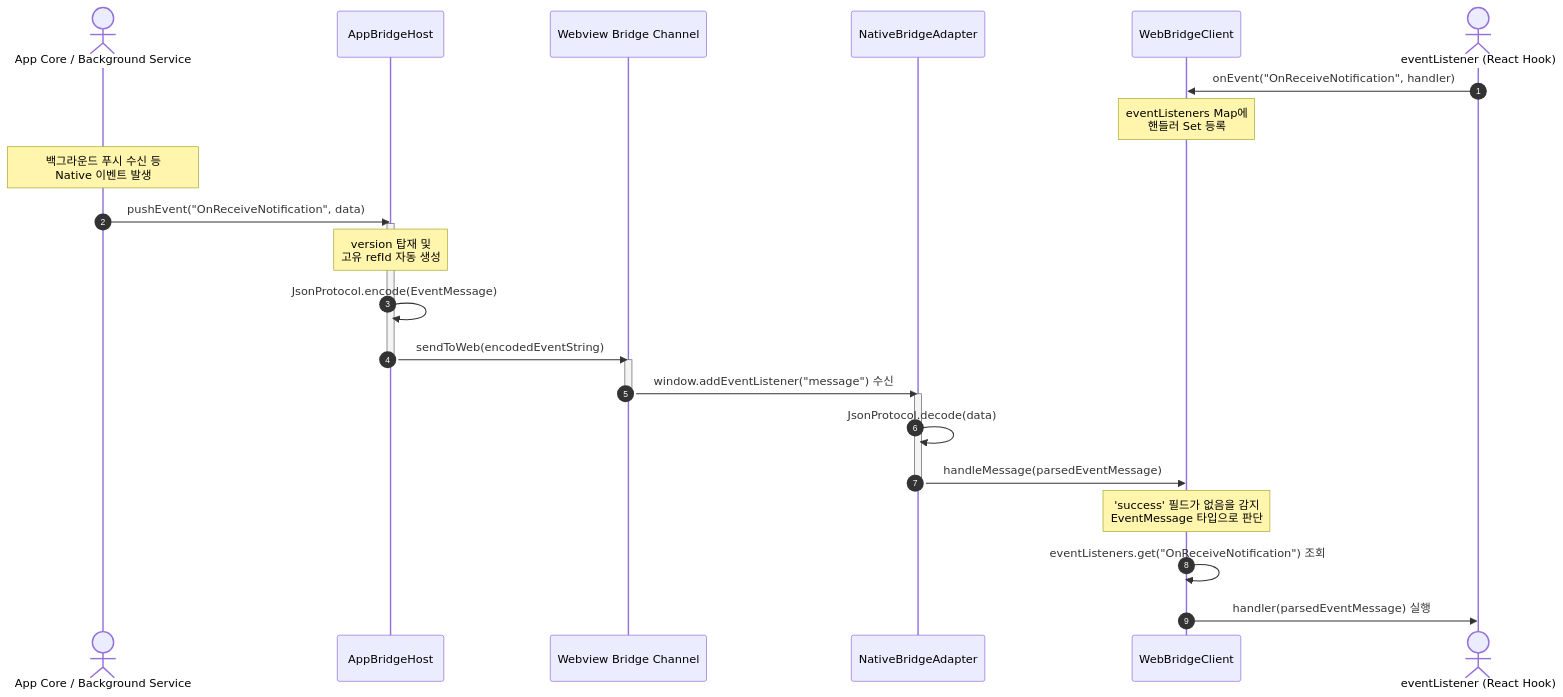
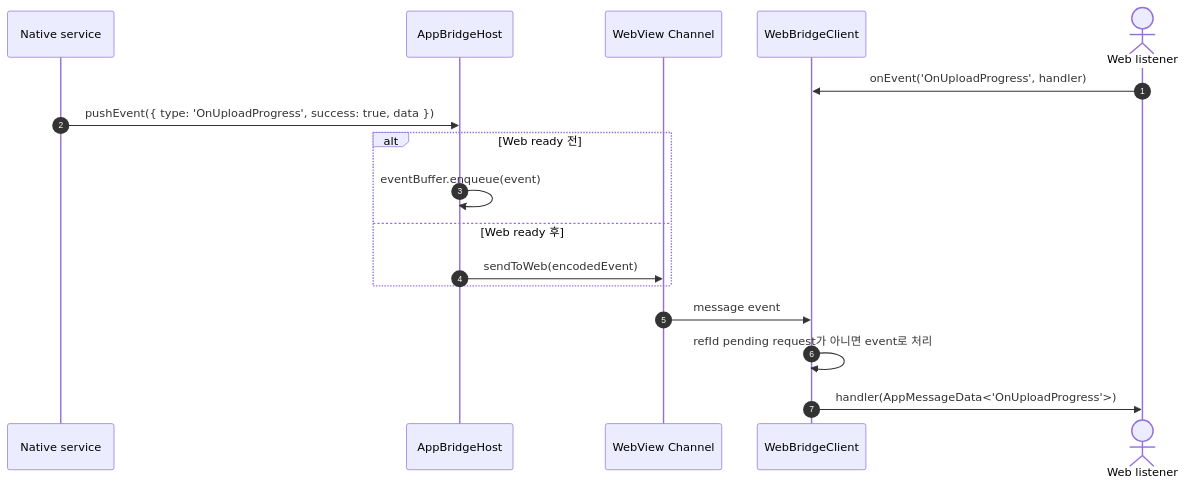
Before and after one commit to lemoncloud-io/dou-app: the third of 4 diagrams in libs/bridges/README.md, drawn with Mermaid. The commit also changed other lines of this file, not shown here.

First line of the commit message:
docs(bridges): overhaul README with detailed architecture and usage

````diff
--- a/libs/bridges/README.md
+++ b/libs/bridges/README.md
@@ -206,31 +186,22 @@
 ```mermaid
 sequenceDiagram
     autonumber
-    actor NativeCore as App Core / Background Service
-    participant AppHost as AppBridgeHost
-    participant NativeChannel as Webview Bridge Channel
-    participant WebAdapter as NativeBridgeAdapter
-    participant WebClient as WebBridgeClient
-    actor WebListener as eventListener (React Hook)
+    participant Service as Native service
+    participant Host as AppBridgeHost
+    participant Channel as WebView Channel
+    participant Client as WebBridgeClient
+    actor Web as Web listener
 
-    WebListener->>WebClient: onEvent("OnReceiveNotification", handler)
-    Note over WebClient: eventListeners Map에<br/>핸들러 Set 등록
+    Web->>Client: onEvent('OnUploadProgress', handler)
+    Service->>Host: pushEvent({ type: 'OnUploadProgress', success: true, data })
 
-    Note over NativeCore: 백그라운드 푸시 수신 등<br/>Native 이벤트 발생
-    NativeCore->>AppHost: pushEvent("OnReceiveNotification", data)
-    activate AppHost
-    Note over AppHost: version 탑재 및<br/>고유 refId 자동 생성
-    AppHost->>AppHost: JsonProtocol.encode(EventMessage)
-    AppHost->>NativeChannel: sendToWeb(encodedEventString)
-    deactivate AppHost
-    activate NativeChannel
-    NativeChannel->>WebAdapter: window.addEventListener("message") 수신
-    deactivate NativeChannel
-    activate WebAdapter
-    WebAdapter->>WebAdapter: JsonProtocol.decode(data)
-    WebAdapter->>WebClient: handleMessage(parsedEventMessage)
-    deactivate WebAdapter
-    Note over WebClient: 'success' 필드가 없음을 감지<br/>EventMessage 타입으로 판단
-    WebClient->>WebClient: eventListeners.get("OnReceiveNotification") 조회
-    WebClient->>WebListener: handler(parsedEventMessage) 실행
+    alt Web ready 전
+        Host->>Host: eventBuffer.enqueue(event)
+    else Web ready 후
+        Host->>Channel: sendToWeb(encodedEvent)
+    end
+
+    Channel->>Client: message event
+    Client->>Client: refId pending request가 아니면 event로 처리
+    Client->>Web: handler(AppMessageData<'OnUploadProgress'>)
 ```
````
